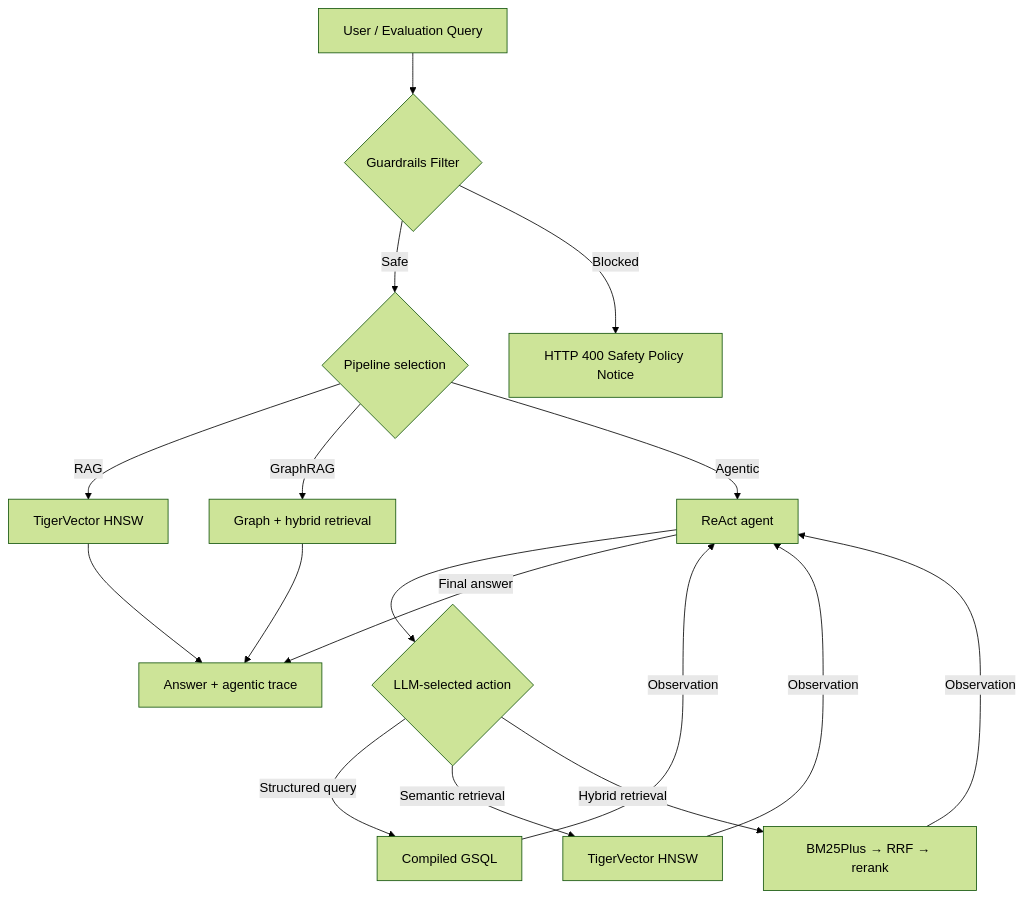
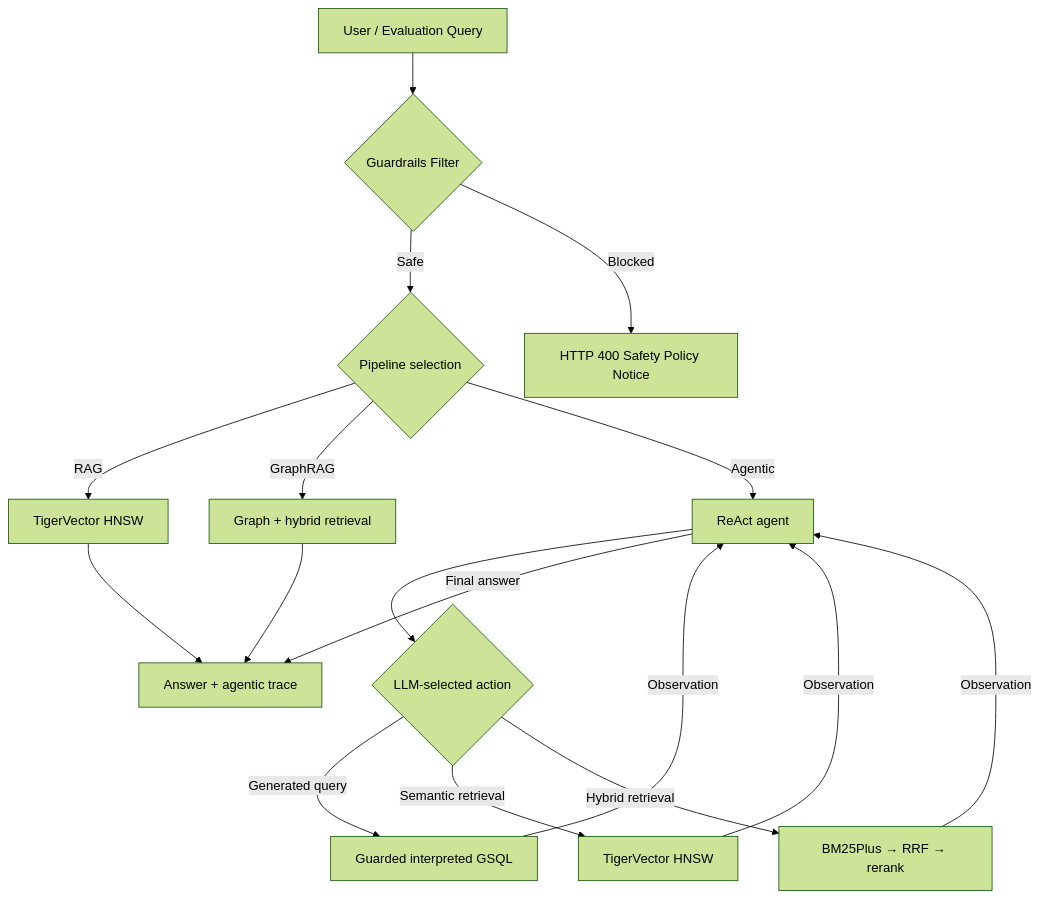
The diagram in README.md (simon-derock/stellium), drawn with Mermaid (forest theme) before and after one commit. The commit also changed other lines of this file and 3 other files, not shown here.

````diff
--- a/README.md
+++ b/README.md
@@ -88,19 +88,19 @@
 ```mermaid
 flowchart TD
     UserQuery["User / Evaluation Query"] --> Layer0{"Guardrails Filter"}
     Layer0 -->|"Safe"| Pipeline{"Pipeline selection"}
     Layer0 -->|"Blocked"| SecurityBlock["HTTP 400 Safety Policy Notice"]
     Pipeline -->|"RAG"| RAG["TigerVector HNSW"]
     Pipeline -->|"GraphRAG"| GraphRAG["Graph + hybrid retrieval"]
     Pipeline -->|"Agentic"| Agent["ReAct agent"]
     Agent --> Action{"LLM-selected action"}
-    Action -->|"Structured query"| GSQL["Compiled GSQL"]
+    Action -->|"Generated query"| GSQL["Guarded interpreted GSQL"]
     Action -->|"Semantic retrieval"| Dense["TigerVector HNSW"]
     Action -->|"Hybrid retrieval"| Sparse["BM25Plus → RRF → rerank"]
     GSQL -->|"Observation"| Agent
     Dense -->|"Observation"| Agent
     Sparse -->|"Observation"| Agent
     Agent -->|"Final answer"| Output["Answer + agentic trace"]
     RAG --> Output
     GraphRAG --> Output
 ```
````
